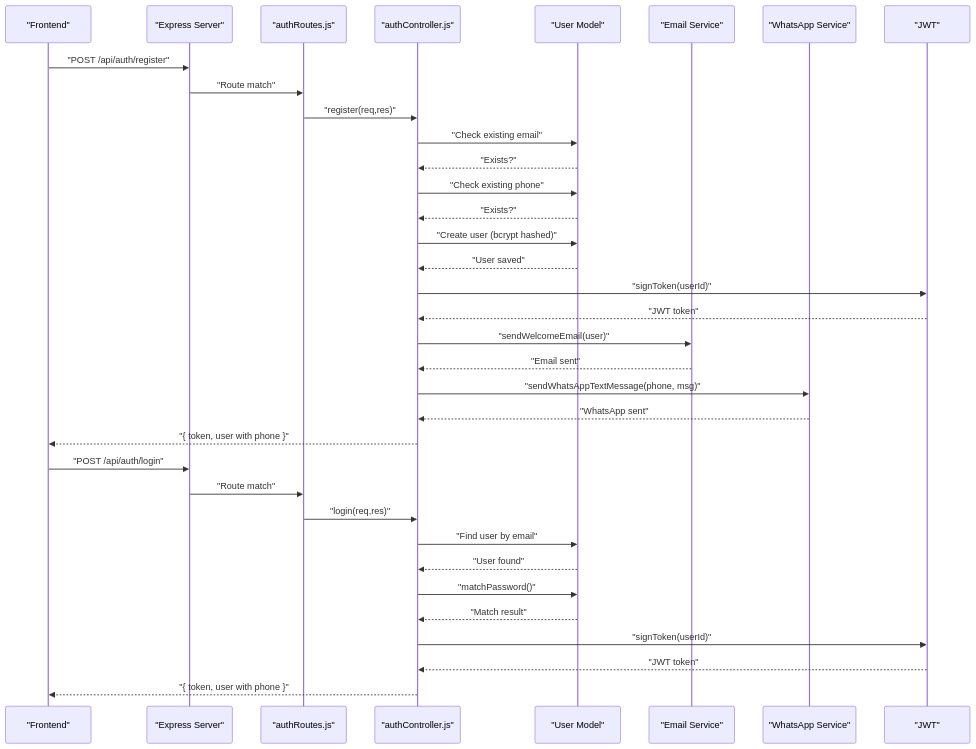
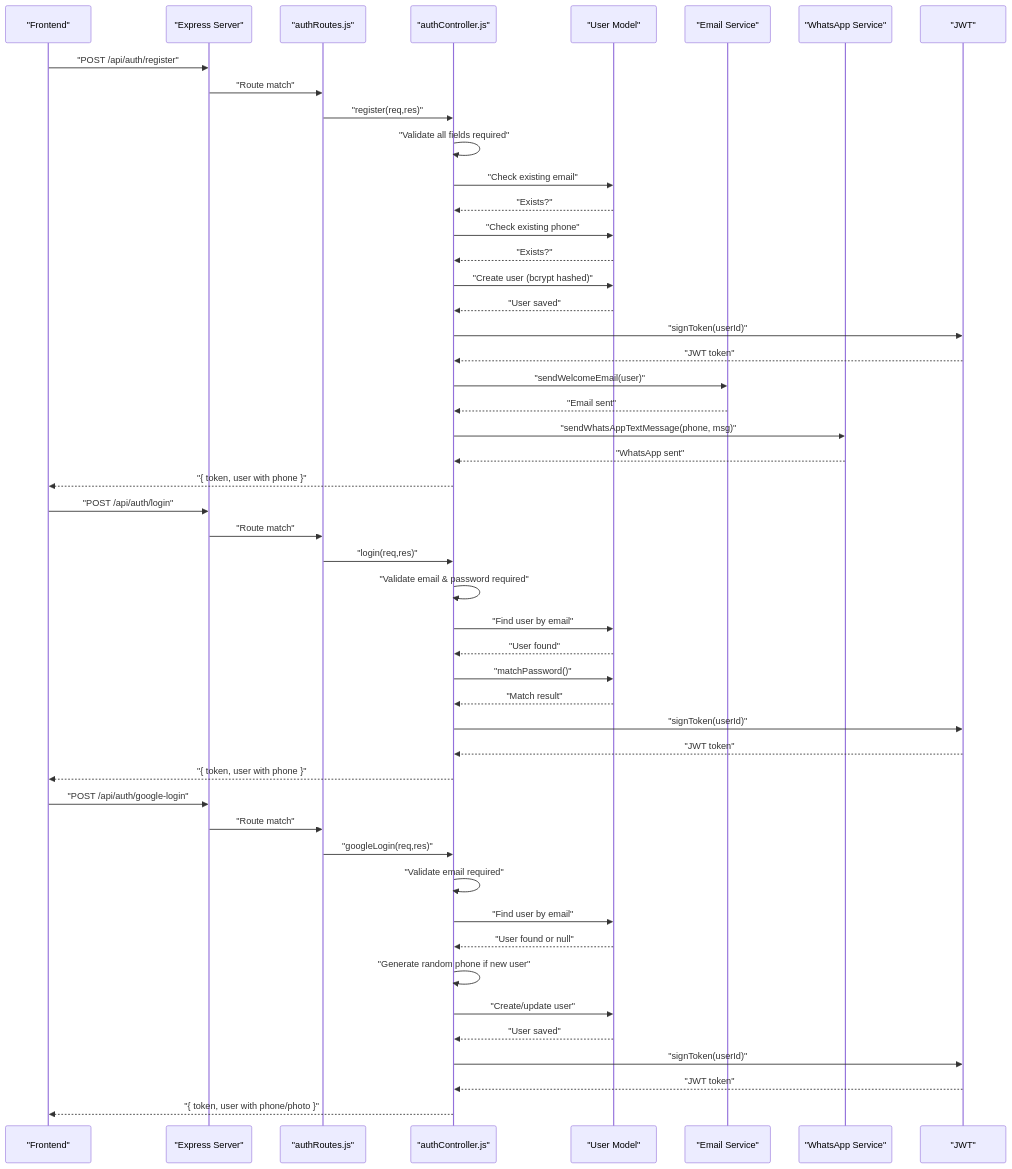
Before and after one commit to Pavan-PSPK9032/TrendsandToss: the second of 4 diagrams in .qoder/repowiki/en/content/Backend API Documentation/Authentication API.md, drawn with Mermaid. The commit also changed other lines of this file and 27 other files, not shown here.

````diff
--- a/.qoder/repowiki/en/content/Backend API Documentation/Authentication API.md
+++ b/.qoder/repowiki/en/content/Backend API Documentation/Authentication API.md
@@ -125,37 +128,51 @@
 ```mermaid
 sequenceDiagram
 participant FE as "Frontend"
 participant API as "Express Server"
 participant AuthR as "authRoutes.js"
 participant AuthC as "authController.js"
 participant UserM as "User Model"
 participant Email as "Email Service"
 participant WhatsApp as "WhatsApp Service"
 participant JWT as "JWT"
 FE->>API : "POST /api/auth/register"
 API->>AuthR : "Route match"
 AuthR->>AuthC : "register(req,res)"
+AuthC->>AuthC : "Validate all fields required"
 AuthC->>UserM : "Check existing email"
 UserM-->>AuthC : "Exists?"
 AuthC->>UserM : "Check existing phone"
 UserM-->>AuthC : "Exists?"
 AuthC->>UserM : "Create user (bcrypt hashed)"
 UserM-->>AuthC : "User saved"
 AuthC->>JWT : "signToken(userId)"
 JWT-->>AuthC : "JWT token"
 AuthC->>Email : "sendWelcomeEmail(user)"
 Email-->>AuthC : "Email sent"
 AuthC->>WhatsApp : "sendWhatsAppTextMessage(phone, msg)"
 WhatsApp-->>AuthC : "WhatsApp sent"
 AuthC-->>FE : "{ token, user with phone }"
 FE->>API : "POST /api/auth/login"
 API->>AuthR : "Route match"
 AuthR->>AuthC : "login(req,res)"
+AuthC->>AuthC : "Validate email & password required"
 AuthC->>UserM : "Find user by email"
 UserM-->>AuthC : "User found"
 AuthC->>UserM : "matchPassword()"
 UserM-->>AuthC : "Match result"
 AuthC->>JWT : "signToken(userId)"
 JWT-->>AuthC : "JWT token"
 AuthC-->>FE : "{ token, user with phone }"
+FE->>API : "POST /api/auth/google-login"
+API->>AuthR : "Route match"
+AuthR->>AuthC : "googleLogin(req,res)"
+AuthC->>AuthC : "Validate email required"
+AuthC->>UserM : "Find user by email"
+UserM-->>AuthC : "User found or null"
+AuthC->>AuthC : "Generate random phone if new user"
+AuthC->>UserM : "Create/update user"
+UserM-->>AuthC : "User saved"
+AuthC->>JWT : "signToken(userId)"
+JWT-->>AuthC : "JWT token"
+AuthC-->>FE : "{ token, user with phone/photo }"
 ```
````
